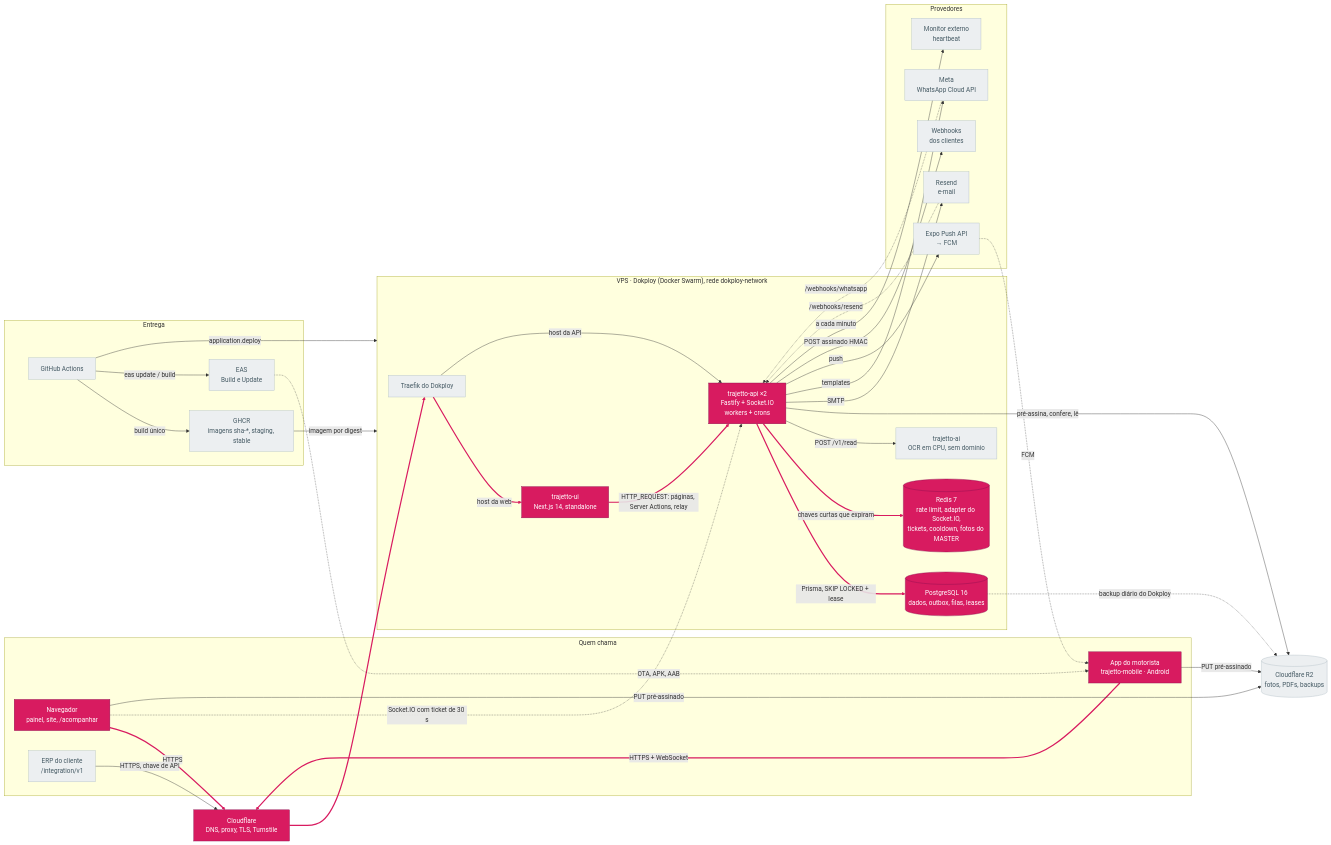
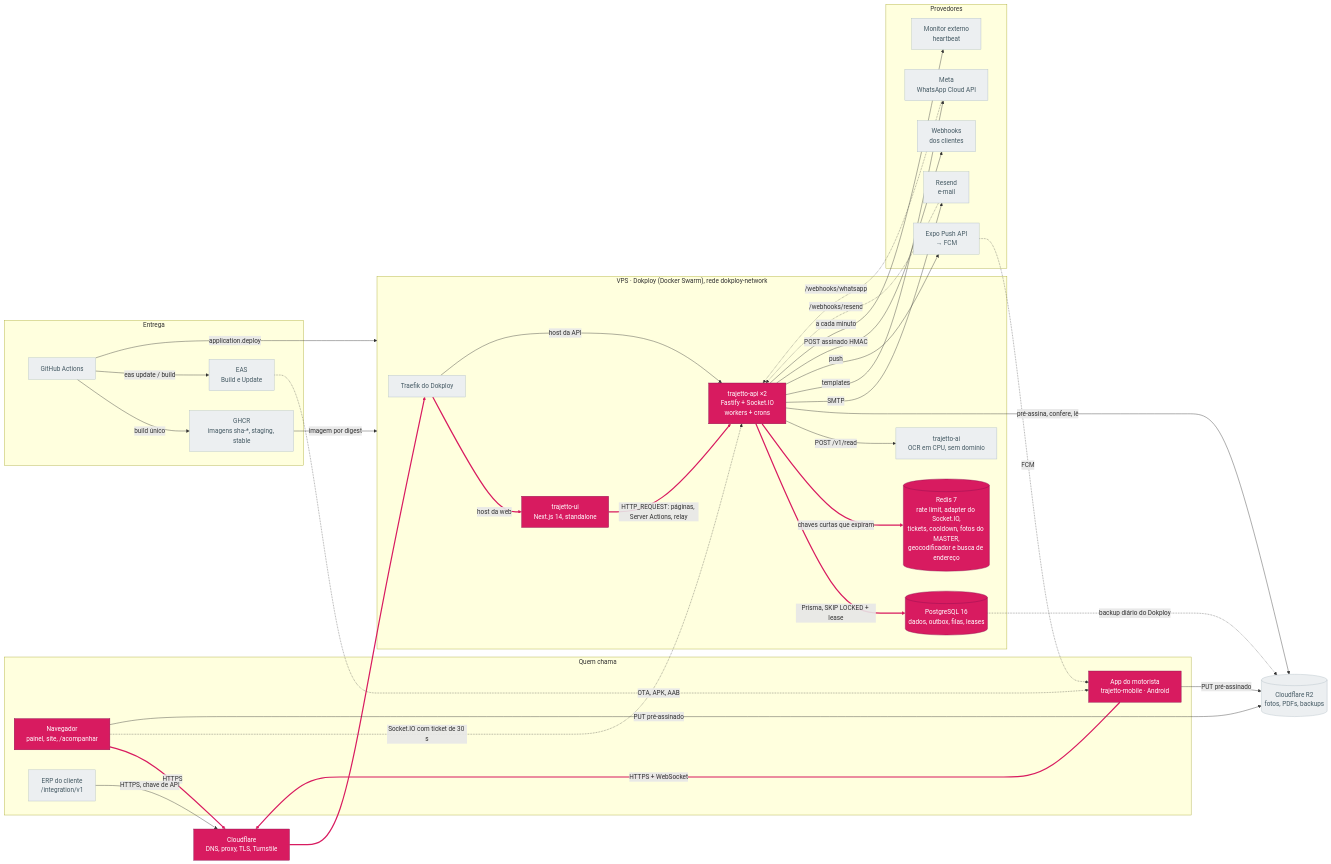
Before and after one commit to Trajetto-Organization/trajetto-api: the third of 12 diagrams in docs/arquitetura-tour.md, drawn with Mermaid. The commit also changed other lines of this file and 26 other files, not shown here.

```diff
--- a/docs/arquitetura-tour.md
+++ b/docs/arquitetura-tour.md
@@ -221,7 +221,7 @@
     api["trajetto-api ×2<br/>Fastify + Socket.IO<br/>workers + crons"]
     ai["trajetto-ai<br/>OCR em CPU, sem domínio"]
     pg[("PostgreSQL 16<br/>dados, outbox, filas, leases")]
-    rd[("Redis 7<br/>rate limit, adapter do Socket.IO,<br/>tickets, cooldown, fotos do MASTER")]
+    rd[("Redis 7<br/>rate limit, adapter do Socket.IO,<br/>tickets, cooldown, fotos do MASTER,<br/>geocodificador e busca de endereço")]
   end
 
   r2[("Cloudflare R2<br/>fotos, PDFs, backups")]
```
